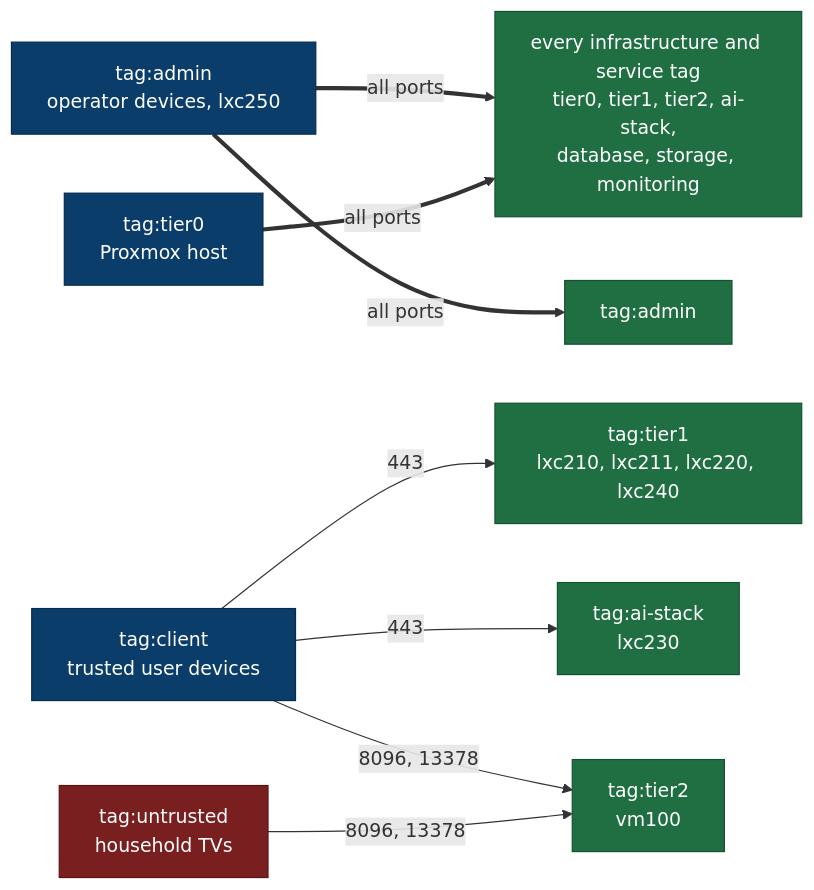
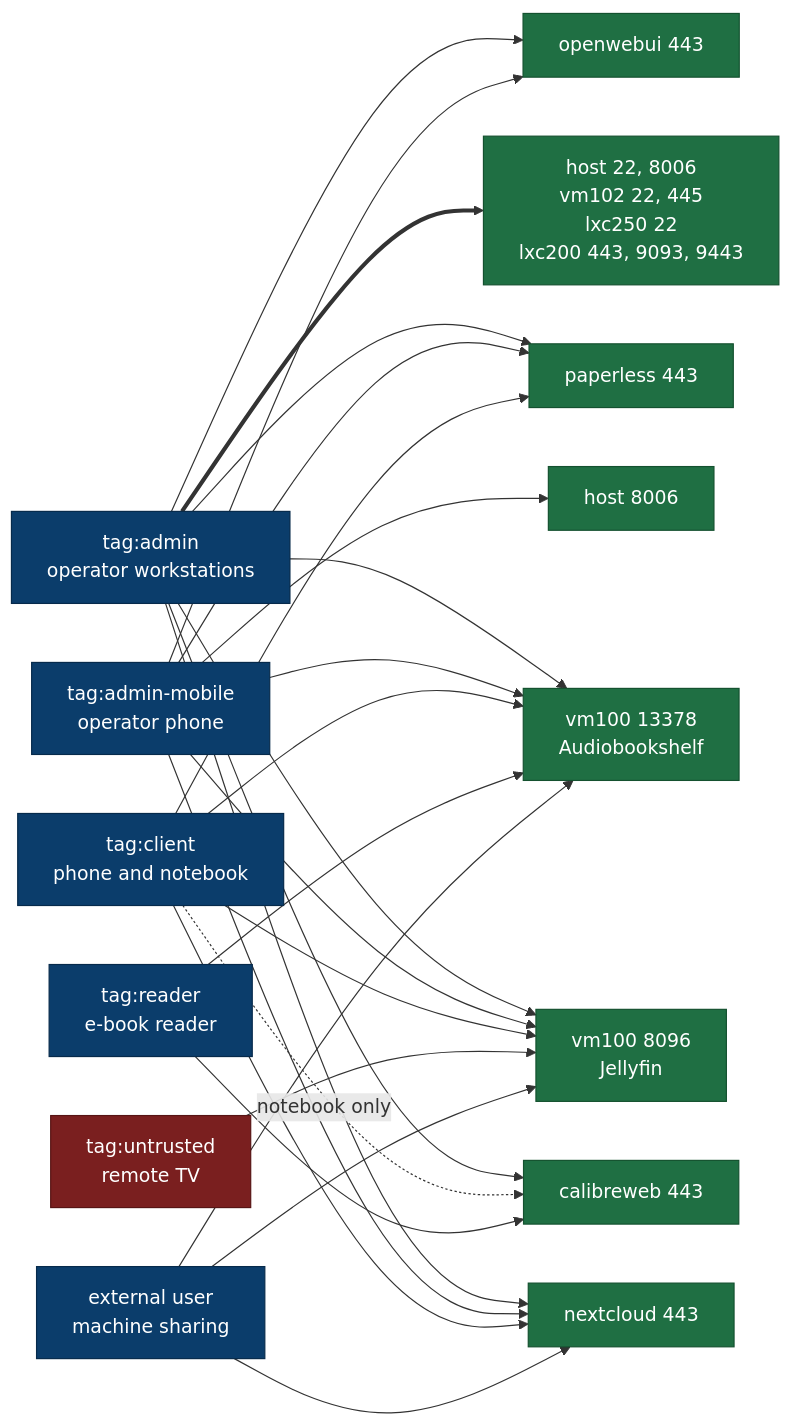
One commit to sohanreddyk/homelab-server-architecture changed the first of 4 diagrams in docs/architecture/diagram.md. Above: the diagram before and after it, drawn with Mermaid. The commit also changed other lines of this file and 23 other files, not shown here.

````diff
--- a/docs/architecture/diagram.md
+++ b/docs/architecture/diagram.md
@@ -43,31 +43,37 @@
 ```mermaid
 flowchart LR
-  accTitle: Tailscale ACL - access granted to operator, hypervisor, client and untrusted tags
-  accDescr: Four source tags on the left with the destination tags and ports each may reach.
+  accTitle: Tailscale ACL - access granted to people's devices
+  accDescr: Operator workstations, operator phone, end-user devices, e-book reader, a remote TV and an external user through machine sharing, each with the services and ports it may reach.
 
-  ADMIN_S["tag:admin<br/>operator devices, lxc250"]
-  TIER0_S["tag:tier0<br/>Proxmox host"]
-  CLIENT_S["tag:client<br/>trusted user devices"]
-  UNTRUST_S["tag:untrusted<br/>household TVs"]
+  ADMIN_S["tag:admin<br/>operator workstations"]
+  MOBILE_S["tag:admin-mobile<br/>operator phone"]
+  CLIENT_S["tag:client<br/>phone and notebook"]
+  READER_S["tag:reader<br/>e-book reader"]
+  UNTRUST_S["tag:untrusted<br/>remote TV"]
+  EXTERNAL_S["external user<br/>machine sharing"]
 
-  FULL["every infrastructure and service tag<br/>tier0, tier1, tier2, ai-stack,<br/>database, storage, monitoring"]
-  ADMIN_D["tag:admin"]
-  T1_D["tag:tier1<br/>lxc210, lxc211, lxc220, lxc240"]
-  AI_D["tag:ai-stack<br/>lxc230"]
-  T2_D["tag:tier2<br/>vm100"]
+  INFRA["host 22, 8006<br/>vm102 22, 445<br/>lxc250 22<br/>lxc200 443, 9093, 9443"]
+  PVE["host 8006"]
+  NC["nextcloud 443"]
+  PL["paperless 443"]
+  CW["calibreweb 443"]
+  OW["openwebui 443"]
+  JF["vm100 8096<br/>Jellyfin"]
+  ABS["vm100 13378<br/>Audiobookshelf"]
 
-  ADMIN_S ==>|"all ports"| FULL
-  ADMIN_S ==>|"all ports"| ADMIN_D
-  TIER0_S ==>|"all ports"| FULL
-  CLIENT_S -->|"443"| T1_D
-  CLIENT_S -->|"443"| AI_D
-  CLIENT_S -->|"8096, 13378"| T2_D
-  UNTRUST_S -->|"8096, 13378"| T2_D
+  ADMIN_S ==> INFRA
+  ADMIN_S --> NC & PL & CW & OW & JF & ABS
+  MOBILE_S --> PVE & NC & PL & OW & JF & ABS
+  CLIENT_S --> NC & PL & JF & ABS
+  CLIENT_S -.->|"notebook only"| CW
+  READER_S --> CW & ABS
+  UNTRUST_S --> JF
+  EXTERNAL_S --> NC & JF & ABS
 
   classDef src fill:#0b3d6b,stroke:#062a4b,color:#ffffff
   classDef dst fill:#1f6f43,stroke:#14512f,color:#ffffff
   classDef untrust fill:#7a1f1f,stroke:#571414,color:#ffffff
-  class ADMIN_S,TIER0_S,CLIENT_S src
-  class FULL,ADMIN_D,T1_D,T2_D,AI_D dst
+  class ADMIN_S,MOBILE_S,CLIENT_S,READER_S,EXTERNAL_S src
+  class INFRA,PVE,NC,PL,CW,OW,JF,ABS dst
   class UNTRUST_S untrust
 ```
````
